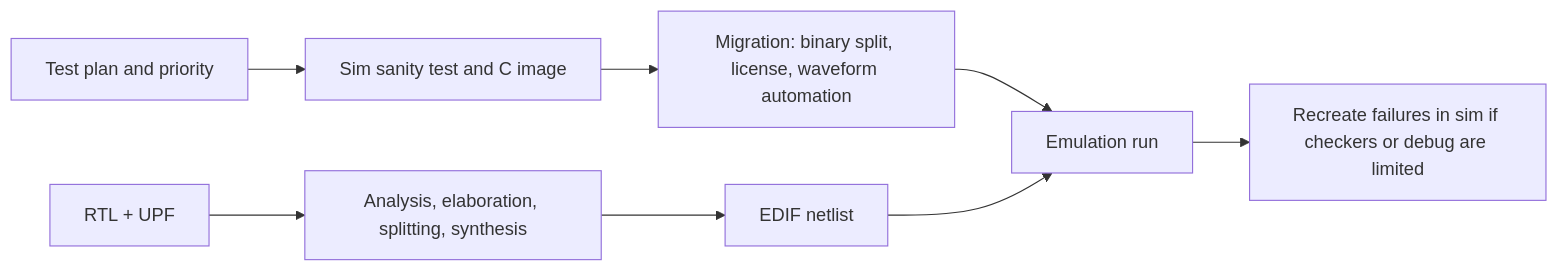
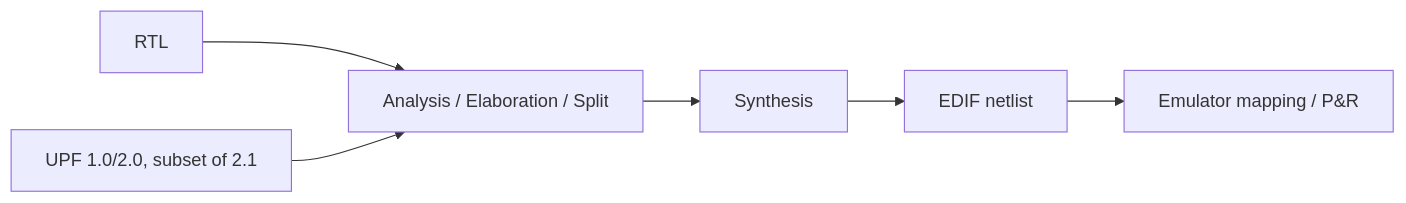
Before and after one commit to nemo99007/yt-paper: the diagram in docs/papers/ref-20261018-98d5-an-accelerated-system-level-cpu-verification-through-simulat.md, drawn with Mermaid. The commit also changed other lines of this file and 172 other files, not shown here.

````diff
--- a/docs/papers/ref-20261018-98d5-an-accelerated-system-level-cpu-verification-through-simulat.md
+++ b/docs/papers/ref-20261018-98d5-an-accelerated-system-level-cpu-verification-through-simulat.md
@@ -277,10 +212,6 @@
 ```mermaid
 flowchart LR
-  A[Test plan and priority] --> B[Sim sanity test and C image]
-  B --> C[Migration: binary split, license, waveform automation]
-  C --> D[Emulation run]
-  D --> E[Recreate failures in sim if checkers or debug are limited]
-  F[RTL + UPF] --> G[Analysis, elaboration, splitting, synthesis]
-  G --> H[EDIF netlist]
-  H --> D
+  RTL[RTL] --> AE[Analysis / Elaboration / Split]
+  UPF[UPF 1.0/2.0, subset of 2.1] --> AE
+  AE --> SYN[Synthesis] --> EDIF[EDIF netlist] --> EMU[Emulator mapping / P&R]
 ```
````
